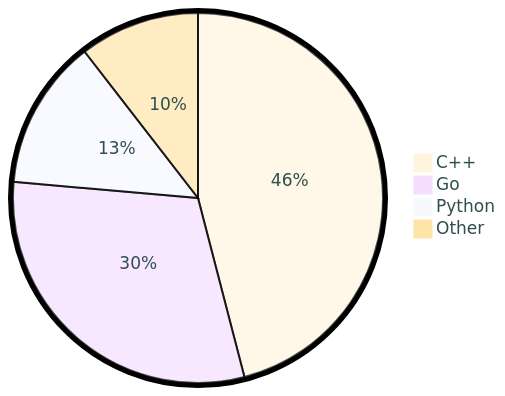
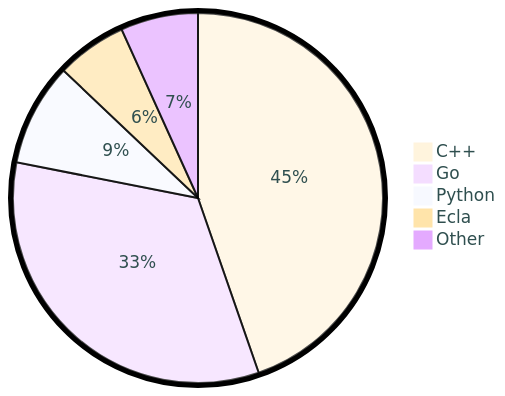
The diagram in README.md (tot0p/tot0p), drawn with Mermaid before and after one commit. The commit also changed other lines of this file, not shown here.

````diff
--- a/README.md
+++ b/README.md
@@ -83,8 +83,9 @@
 ```mermaid
 %%{init: {"pie": {"textPosition": 0.5}, "themeVariables": {"pieOuterStrokeWidth": "5px","primaryTextColor" : "#2F4F4F"},"theme":"base"} }%%
 pie
-	"C++": 45.96
-	"Go": 30.43
-	"Python": 13.12
-	"Other": 10.49
+	"C++": 44.68
+	"Go": 33.41
+	"Python": 8.99
+	"Ecla": 6.15
+	"Other": 6.769999999999999
 ```
````
